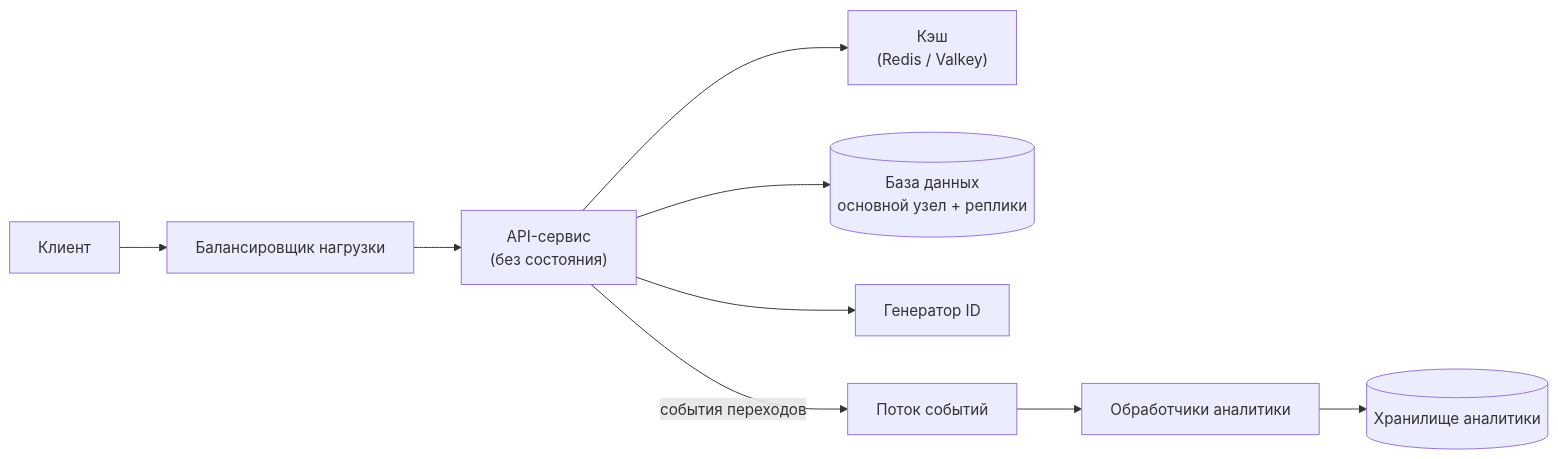
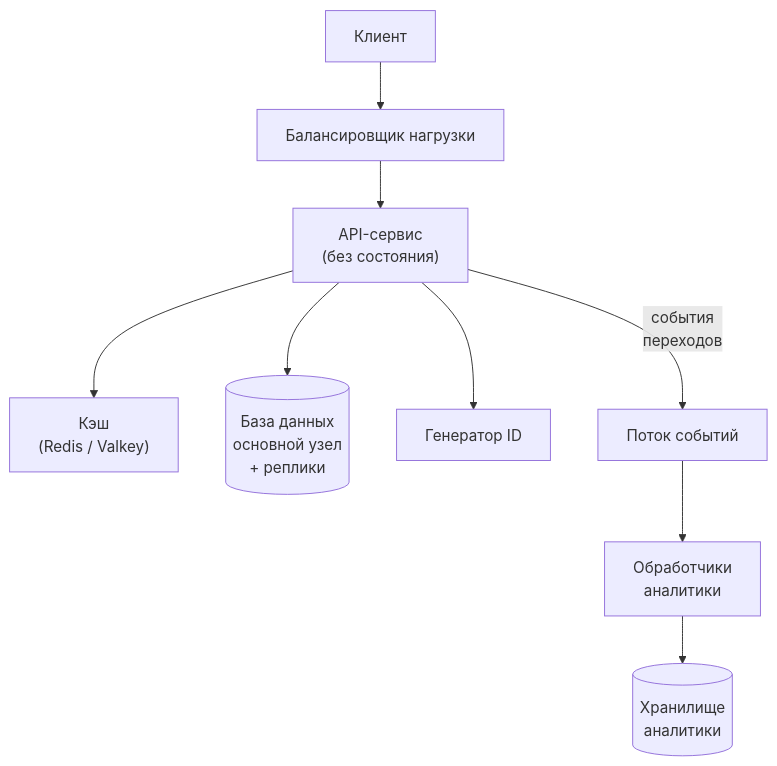
The diagram in src/content/docs/ru/start/interview-framework.mdx (butyavk/system-design), drawn with Mermaid before and after one commit. The commit also changed other lines of this file and 144 other files, not shown here.

````diff
--- a/src/content/docs/ru/start/interview-framework.mdx
+++ b/src/content/docs/ru/start/interview-framework.mdx
@@ -133,11 +133,11 @@
 ```mermaid
-flowchart LR
+flowchart TB
   client["Клиент"] --> lb["Балансировщик нагрузки"]
   lb --> api["API-сервис<br/>(без состояния)"]
   api --> cache["Кэш<br/>(Redis / Valkey)"]
-  api --> db[("База данных<br/>основной узел + реплики")]
+  api --> db[("База данных<br/>основной узел<br/>+ реплики")]
   api --> idgen["Генератор ID"]
-  api -->|"события переходов"| queue["Поток событий"]
-  queue --> analytics["Обработчики аналитики"]
-  analytics --> olap[("Хранилище аналитики")]
+  api -->|"события<br/>переходов"| queue["Поток событий"]
+  queue --> analytics["Обработчики<br/>аналитики"]
+  analytics --> olap[("Хранилище<br/>аналитики")]
 ```
````
